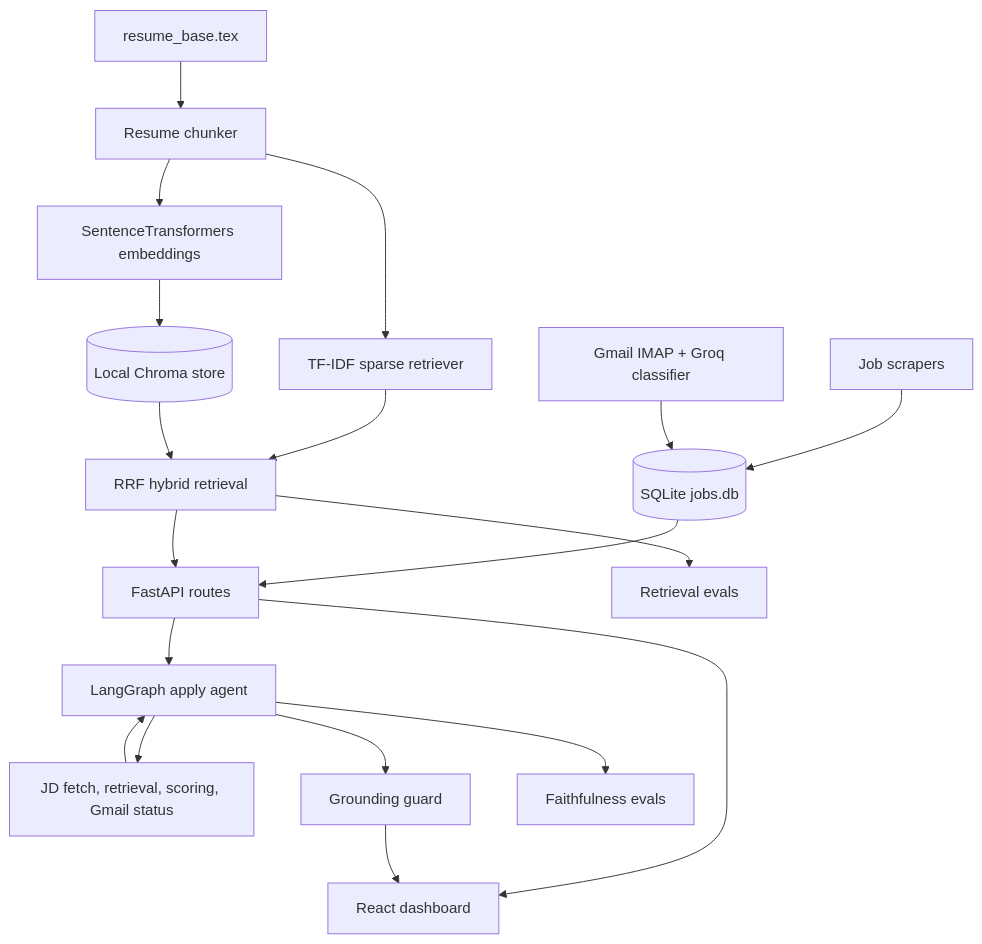
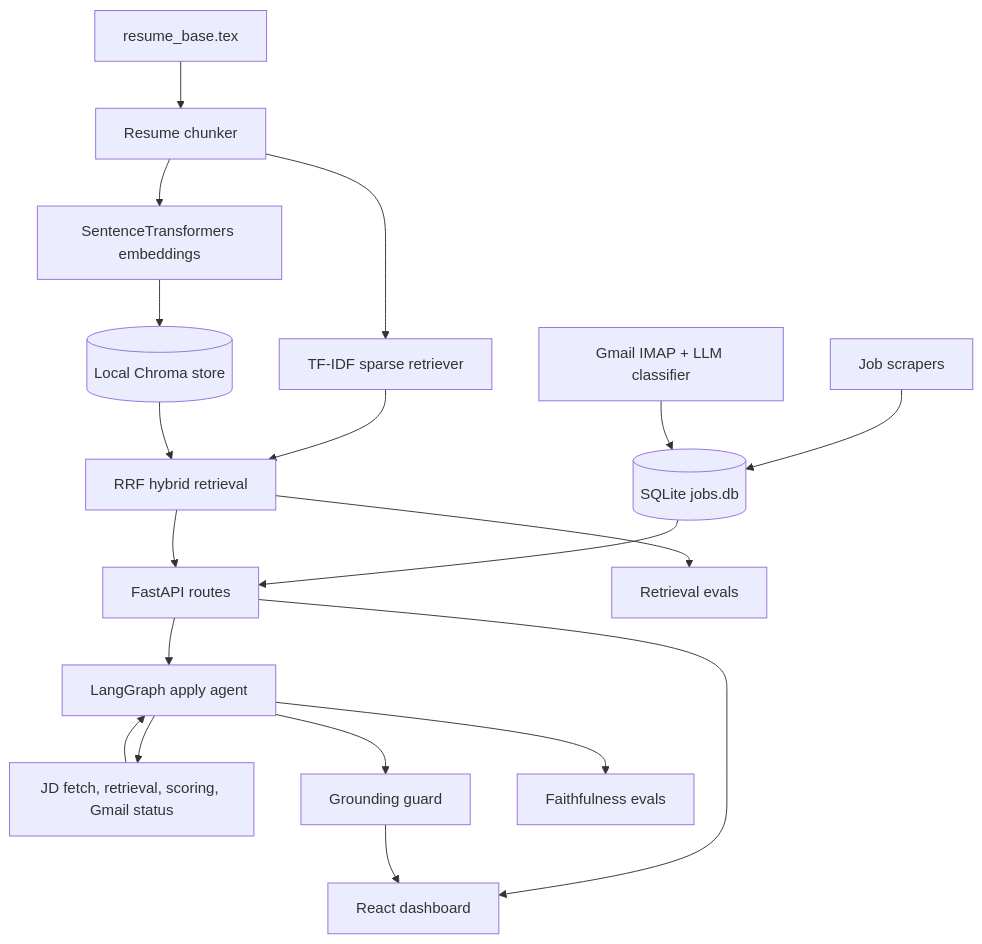
Before and after one commit to bansal28/Job-dashboard: the diagram in README.md, drawn with Mermaid. The commit also changed other lines of this file and 12 other files, not shown here.

````diff
--- a/README.md
+++ b/README.md
@@ -15,21 +15,21 @@
 ```mermaid
 flowchart TD
     Scrapers[Job scrapers] --> DB[(SQLite jobs.db)]
-    Gmail[Gmail IMAP + Groq classifier] --> DB
+    Gmail[Gmail IMAP + LLM classifier] --> DB
     Resume[resume_base.tex] --> Chunker[Resume chunker]
     Chunker --> Sparse[TF-IDF sparse retriever]
     Chunker --> Dense[SentenceTransformers embeddings]
     Dense --> Chroma[(Local Chroma store)]
     Sparse --> RRF[RRF hybrid retrieval]
     Chroma --> RRF
     DB --> FastAPI[FastAPI routes]
     RRF --> FastAPI
     FastAPI --> React[React dashboard]
     FastAPI --> Agent[LangGraph apply agent]
     Agent --> Tools[JD fetch, retrieval, scoring, Gmail status]
     Tools --> Agent
     Agent --> Guard[Grounding guard]
     Guard --> React
     RRF --> Evals[Retrieval evals]
     Agent --> GenEvals[Faithfulness evals]
 ```
````
